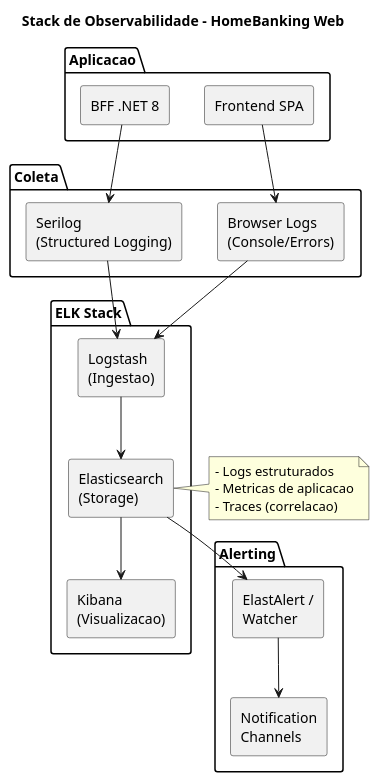
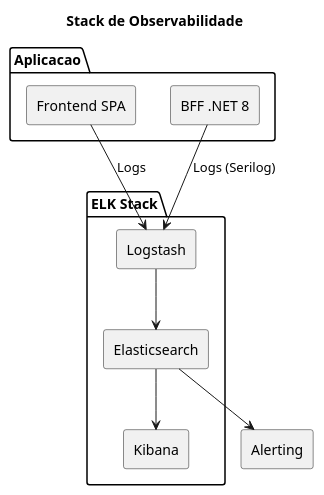
The diagram in current/sections/SEC-11-observabilidade-operacoes.md (beduardo/novobanco_website_doc), drawn with PlantUML before and after one commit. The commit also changed other lines of this file and 7 other files, not shown here.

````diff
--- a/current/sections/SEC-11-observabilidade-operacoes.md
+++ b/current/sections/SEC-11-observabilidade-operacoes.md
@@ -37,45 +32,28 @@
 ```plantuml
 @startuml
 skinparam componentStyle rectangle
 skinparam backgroundColor white
 
-title Stack de Observabilidade - HomeBanking Web
+title Stack de Observabilidade
 
 package "Aplicacao" {
   [Frontend SPA] as FE
   [BFF .NET 8] as BFF
 }
 
-package "Coleta" {
-  [Serilog\n(Structured Logging)] as SLOG
-  [Browser Logs\n(Console/Errors)] as BLOG
+package "ELK Stack" {
+  [Logstash] as LS
+  [Elasticsearch] as ES
+  [Kibana] as KB
 }
 
-package "ELK Stack" {
-  [Logstash\n(Ingestao)] as LS
-  [Elasticsearch\n(Storage)] as ES
-  [Kibana\n(Visualizacao)] as KB
-}
+[Alerting] as ALERT
 
-package "Alerting" {
-  [ElastAlert /\nWatcher] as ALERT
-  [Notification\nChannels] as NOTIF
-}
-
-FE --> BLOG
-BFF --> SLOG
-BLOG --> LS
-SLOG --> LS
+FE --> LS : Logs
+BFF --> LS : Logs (Serilog)
 LS --> ES
 ES --> KB
 ES --> ALERT
-ALERT --> NOTIF
-
-note right of ES
-  - Logs estruturados
-  - Metricas de aplicacao
-  - Traces (correlacao)
-end note
 
 @enduml
 ```
````
